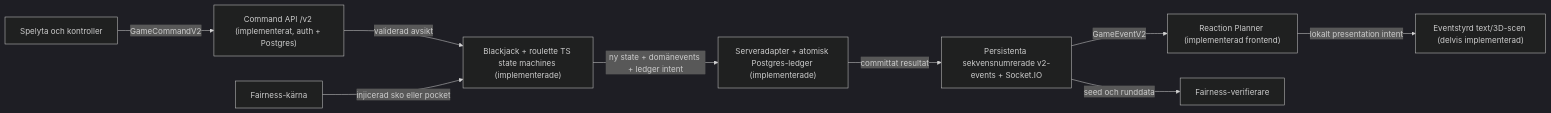
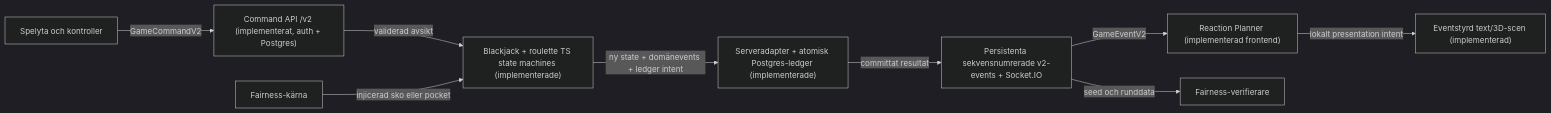
The first of 3 diagrams in docs/SYSTEM_CANVAS.md (Jakeminator123/spelsajt), drawn with Mermaid (dark theme) before and after one commit. The commit also changed other lines of this file and 3 other files, not shown here.

````diff
--- a/docs/SYSTEM_CANVAS.md
+++ b/docs/SYSTEM_CANVAS.md
@@ -19,21 +19,21 @@
 ```mermaid
 flowchart LR
     UI["Spelyta och kontroller"]
     API["Command API /v2 (implementerat, auth + Postgres)"]
     CORE["Blackjack + roulette TS state machines (implementerade)"]
     FAIR["Fairness-kärna"]
     TX["Serveradapter + atomisk Postgres-ledger (implementerade)"]
     EVENTS["Persistenta sekvensnumrerade v2-events + Socket.IO"]
     PLAN["Reaction Planner (implementerad frontend)"]
-    SCENE["Eventstyrd text/3D-scen (delvis implementerad)"]
+    SCENE["Eventstyrd text/3D-scen (implementerad)"]
     VERIFY["Fairness-verifierare"]
 
     UI -->|"GameCommandV2"| API
     API -->|"validerad avsikt"| CORE
     FAIR -->|"injicerad sko eller pocket"| CORE
     CORE -->|"ny state + domänevents + ledger intent"| TX
     TX -->|"committat resultat"| EVENTS
     EVENTS -->|"GameEventV2"| PLAN
     PLAN -->|"lokalt presentation intent"| SCENE
     EVENTS -->|"seed och runddata"| VERIFY
 ```
````
